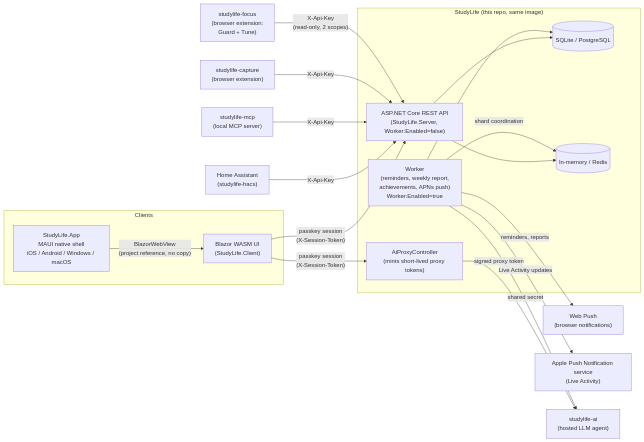
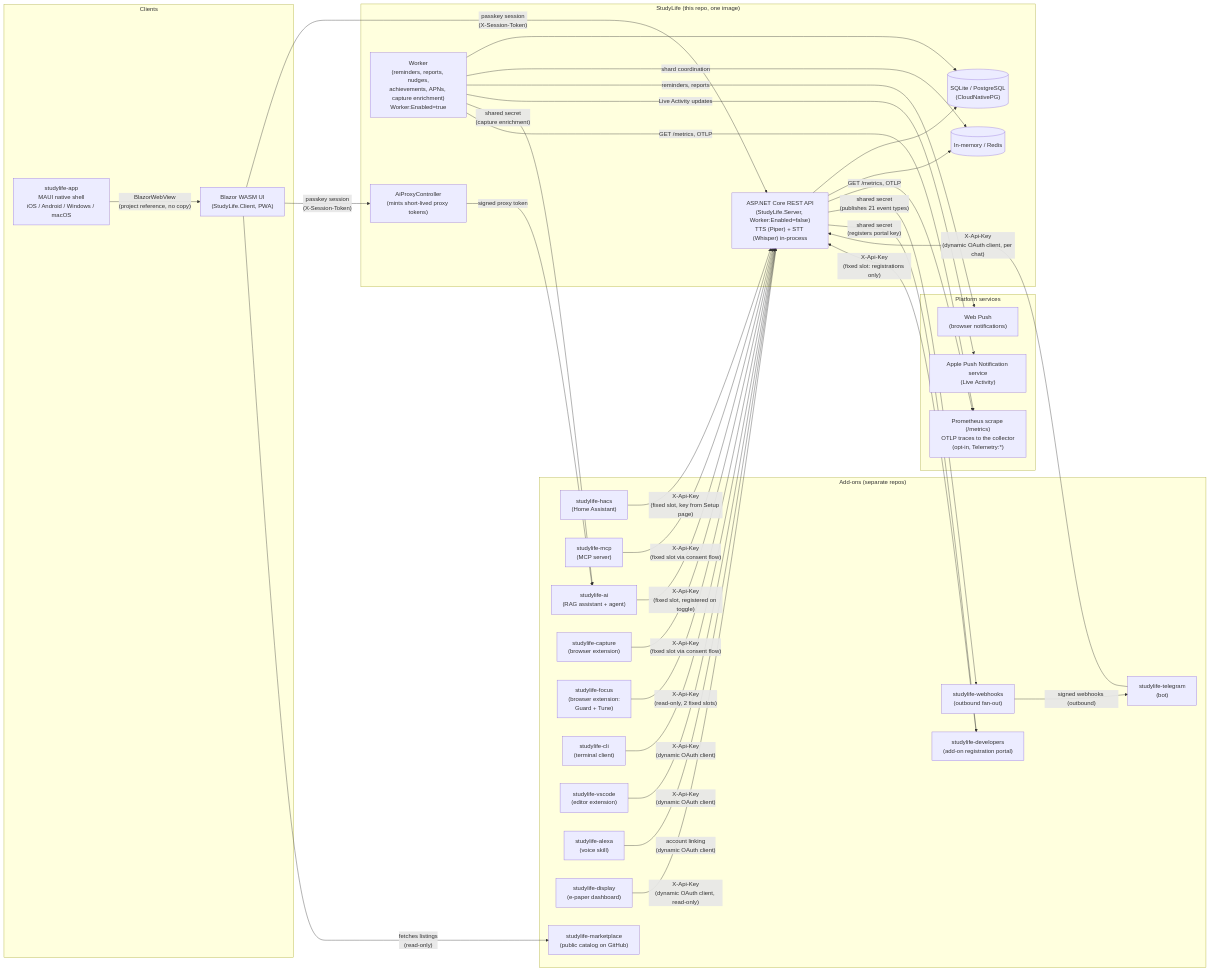
The diagram in README.md (lukislp/studylife), drawn with Mermaid before and after one commit. The commit also changed other lines of this file, not shown here.

First line of the commit message:
docs: bring the README and architecture diagram in line with the current ecosystem (#244)

````diff
--- a/README.md
+++ b/README.md
@@ -24,39 +29,66 @@
 ```mermaid
 flowchart LR
     subgraph Clients["Clients"]
-        BlazorUI["Blazor WASM UI\n(StudyLife.Client)"]
-        MauiApp["StudyLife.App\nMAUI native shell\niOS / Android / Windows / macOS"]
+        BlazorUI["Blazor WASM UI\n(StudyLife.Client, PWA)"]
+        MauiApp["studylife-app\nMAUI native shell\niOS / Android / Windows / macOS"]
     end
 
-    subgraph StudyLife["StudyLife (this repo, same image)"]
-        API["ASP.NET Core REST API\n(StudyLife.Server, Worker:Enabled=false)"]
+    subgraph StudyLife["StudyLife (this repo, one image)"]
+        API["ASP.NET Core REST API\n(StudyLife.Server, Worker:Enabled=false)\nTTS (Piper) + STT (Whisper) in-process"]
         AiProxy["AiProxyController\n(mints short-lived proxy tokens)"]
-        Worker["Worker\n(reminders, weekly report,\nachievements, APNs push)\nWorker:Enabled=true"]
-        DB[("SQLite / PostgreSQL")]
+        Worker["Worker\n(reminders, reports, nudges,\nachievements, APNs, capture enrichment)\nWorker:Enabled=true"]
+        DB[("SQLite / PostgreSQL\n(CloudNativePG)")]
         Cache[("In-memory / Redis")]
     end
 
-    WebPush["Web Push\n(browser notifications)"]
-    APNs["Apple Push Notification service\n(Live Activity)"]
-    HomeAssistant["Home Assistant\n(studylife-hacs)"]
-    Mcp["studylife-mcp\n(local MCP server)"]
-    StudyLifeAI["studylife-ai\n(hosted LLM agent)"]
-    Capture["studylife-capture\n(browser extension)"]
-    StudyLifeFocus["studylife-focus\n(browser extension:\nGuard + Tune)"]
+    subgraph Platform["Platform services"]
+        WebPush["Web Push\n(browser notifications)"]
+        APNs["Apple Push Notification service\n(Live Activity)"]
+        Telemetry["Prometheus scrape (/metrics)\nOTLP traces to the collector\n(opt-in, Telemetry:*)"]
+    end
+
+    subgraph AddOns["Add-ons (separate repos)"]
+        HomeAssistant["studylife-hacs\n(Home Assistant)"]
+        Mcp["studylife-mcp\n(MCP server)"]
+        StudyLifeAI["studylife-ai\n(RAG assistant + agent)"]
+        Capture["studylife-capture\n(browser extension)"]
+        StudyLifeFocus["studylife-focus\n(browser extension:\nGuard + Tune)"]
+        Cli["studylife-cli\n(terminal client)"]
+        VsCode["studylife-vscode\n(editor extension)"]
+        Telegram["studylife-telegram\n(bot)"]
+        Alexa["studylife-alexa\n(voice skill)"]
+        Display["studylife-display\n(e-paper dashboard)"]
+        Webhooks["studylife-webhooks\n(outbound fan-out)"]
+        Developers["studylife-developers\n(add-on registration portal)"]
+        Marketplace["studylife-marketplace\n(public catalog on GitHub)"]
+    end
 
     MauiApp -- "BlazorWebView\n(project reference, no copy)" --> BlazorUI
     BlazorUI -- "passkey session\n(X-Session-Token)" --> API
     BlazorUI -- "passkey session\n(X-Session-Token)" --> AiProxy
+    BlazorUI -- "fetches listings\n(read-only)" --> Marketplace
     AiProxy -- "signed proxy token" --> StudyLifeAI
     API --> DB
     API --> Cache
     Worker --> DB
     Worker -- "shard coordination" --> Cache
     Worker -- "reminders, reports" --> WebPush
     Worker -- "Live Activity updates" --> APNs
-    Worker -- "shared secret" --> StudyLifeAI
-    HomeAssistant -- "X-Api-Key" --> API
-    Mcp -- "X-Api-Key" --> API
-    Capture -- "X-Api-Key" --> API
-    StudyLifeFocus -- "X-Api-Key\n(read-only, 2 scopes)" --> API
+    Worker -- "shared secret\n(capture enrichment)" --> StudyLifeAI
+    API -- "GET /metrics, OTLP" --> Telemetry
+    Worker -- "GET /metrics, OTLP" --> Telemetry
+    API -- "shared secret\n(publishes 21 event types)" --> Webhooks
+    Webhooks -- "signed webhooks (outbound)" --> Telegram
+    API -- "shared secret\n(registers portal key)" --> Developers
+    Developers -- "X-Api-Key\n(fixed slot: registrations only)" --> API
+    StudyLifeAI -- "X-Api-Key\n(fixed slot, registered on toggle)" --> API
+    HomeAssistant -- "X-Api-Key\n(fixed slot, key from Setup page)" --> API
+    Mcp -- "X-Api-Key\n(fixed slot via consent flow)" --> API
+    Capture -- "X-Api-Key\n(fixed slot via consent flow)" --> API
+    StudyLifeFocus -- "X-Api-Key\n(read-only, 2 fixed slots)" --> API
+    Cli -- "X-Api-Key\n(dynamic OAuth client)" --> API
+    VsCode -- "X-Api-Key\n(dynamic OAuth client)" --> API
+    Telegram -- "X-Api-Key\n(dynamic OAuth client, per chat)" --> API
+    Alexa -- "account linking\n(dynamic OAuth client)" --> API
+    Display -- "X-Api-Key\n(dynamic OAuth client, read-only)" --> API
 ```
````
